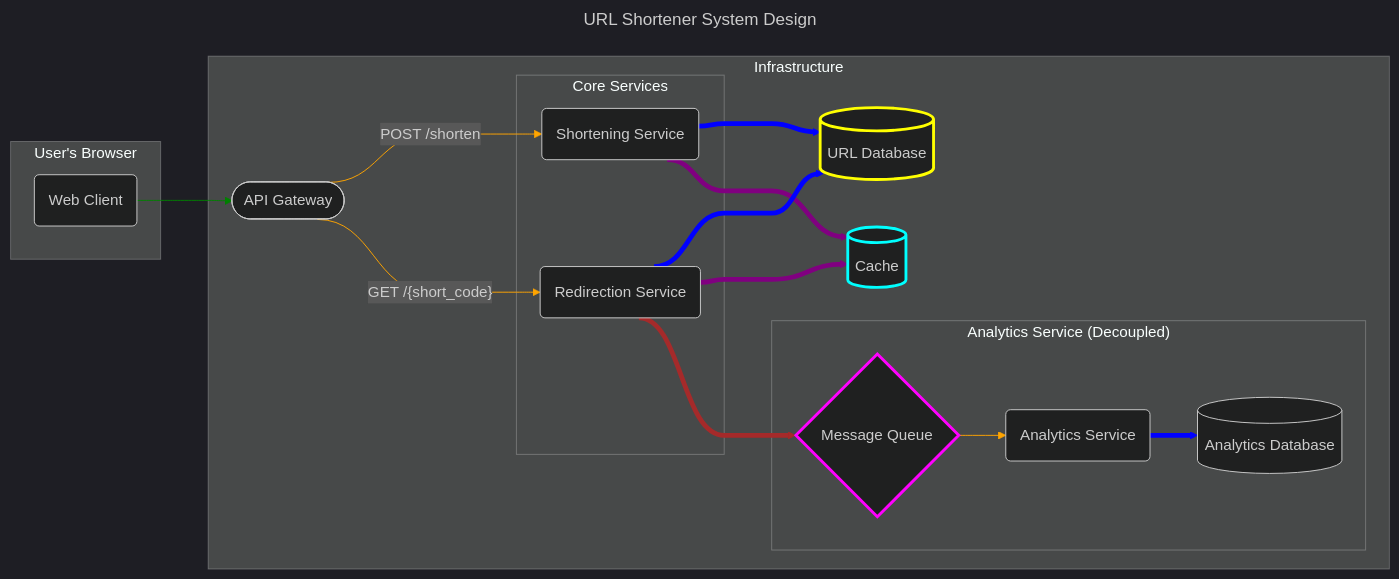
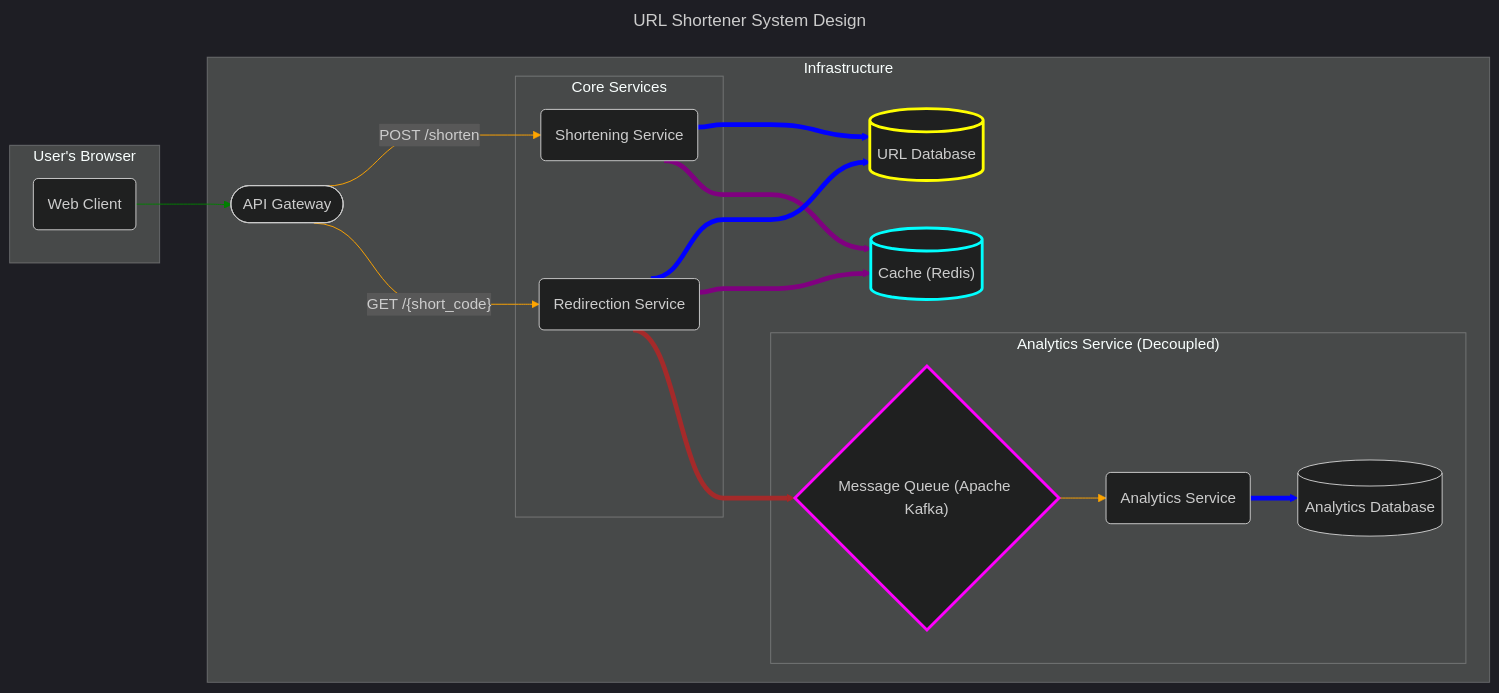
The second of 2 diagrams in Case Studies/ShortenURL.md (linushsianghung/systemdesign), drawn with Mermaid before and after one commit. The commit also changed other lines of this file and 16 other files, not shown here.

````diff
--- a/Case Studies/ShortenURL.md
+++ b/Case Studies/ShortenURL.md
@@ -87,51 +87,51 @@
 ```mermaid
 ---
 title: URL Shortener System Design
 config:
   theme: 'dark'
 ---
 %%{init: {'flowchart' : {'curve' : 'bumpX'}}}%%
 flowchart LR
 
 %% Style Definition
     classDef database stroke-width:3px,stroke:yellow;
     classDef cache stroke-width:3px,stroke:cyan;
     classDef msgBroker stroke-width:3px,stroke:magenta;
 
 %% ----- Architecture Section -----
     subgraph "User's Browser"
         Client(Web Client)
     end
 
 subgraph "Infrastructure"
 
     Client --> API_Gateway([API Gateway])
     API_Gateway -- "POST /shorten" --> ShorteningService
     API_Gateway -- "GET /{short_code}" --> RedirectionService
     linkStyle 0 stroke:green
     linkStyle 1,2 stroke:orange
 
     subgraph "Core Services"
             ShorteningService(Shortening Service)
             RedirectionService(Redirection Service)
     end
 
     ShorteningService ==> URL_DB[(URL Database)]:::database
-    ShorteningService ==> Cache[(Cache)]:::cache
+    ShorteningService ==> Cache[("Cache (Redis)")]:::cache
     linkStyle 3 stroke-width:5px, stroke:blue
     linkStyle 4 stroke-width:5px, stroke:purple
     
     RedirectionService ==> URL_DB:::database
     RedirectionService ==> Cache:::cache
     linkStyle 5 stroke-width:5px, stroke:blue
     linkStyle 6 stroke-width:5px, stroke:purple
     
     subgraph "Analytics Service (Decoupled)"
-        RedirectionService --> MessageQueue{Message Queue}:::msgBroker --> AnalyticsService(Analytics Service)
+        RedirectionService --> MessageQueue{"Message Queue (Apache Kafka)"}:::msgBroker --> AnalyticsService(Analytics Service)
         AnalyticsService --> Analytics_DB[(Analytics Database)]
         linkStyle 7 stroke-width:5px, stroke:brown
         linkStyle 8 stroke:orange
         linkStyle 9 stroke-width:5px, stroke:blue
     end
 end
 ```
````
